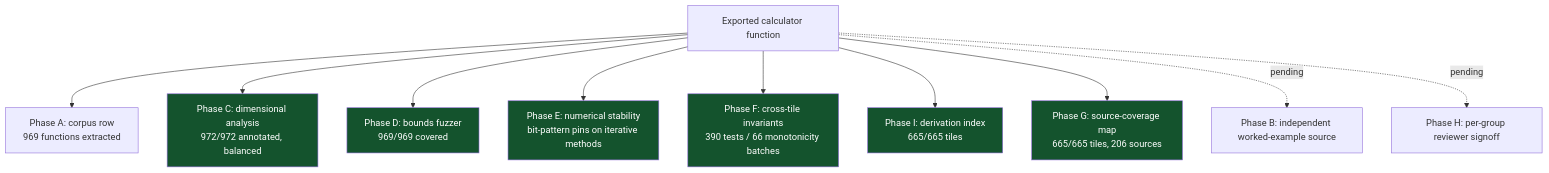
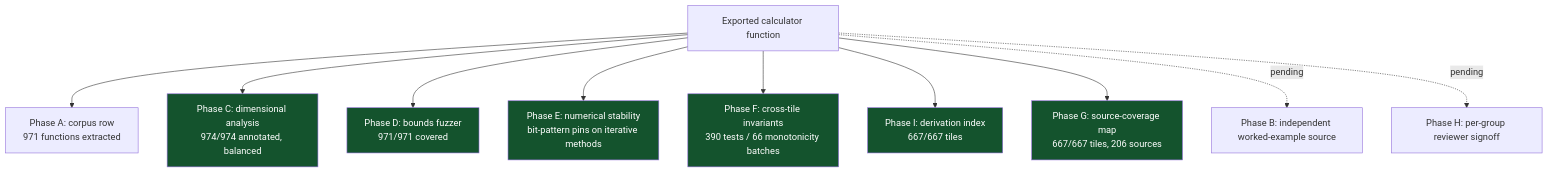
Before and after one commit to clay-good/roughlogic.com: the sixth of 8 diagrams in README.md, drawn with Mermaid. The commit also changed other lines of this file and 16 other files, not shown here.

````diff
--- a/README.md
+++ b/README.md
@@ -460,18 +462,18 @@
 ```mermaid
 flowchart TB
-    F[Exported calculator function] --> A[Phase A: corpus row\n969 functions extracted]
-    F --> C[Phase C: dimensional analysis\n972/972 annotated, balanced]
-    F --> D[Phase D: bounds fuzzer\n969/969 covered]
+    F[Exported calculator function] --> A[Phase A: corpus row\n971 functions extracted]
+    F --> C[Phase C: dimensional analysis\n974/974 annotated, balanced]
+    F --> D[Phase D: bounds fuzzer\n971/971 covered]
     F --> E[Phase E: numerical stability\nbit-pattern pins on iterative methods]
     F --> Fa[Phase F: cross-tile invariants\n390 tests / 66 monotonicity batches]
-    F --> I[Phase I: derivation index\n665/665 tiles]
-    F --> G[Phase G: source-coverage map\n665/665 tiles, 206 sources]
+    F --> I[Phase I: derivation index\n667/667 tiles]
+    F --> G[Phase G: source-coverage map\n667/667 tiles, 206 sources]
     F -.pending.-> B[Phase B: independent worked-example source]
     F -.pending.-> H[Phase H: per-group reviewer signoff]
     style C fill:#14532d,color:#fff
     style D fill:#14532d,color:#fff
     style E fill:#14532d,color:#fff
     style Fa fill:#14532d,color:#fff
     style G fill:#14532d,color:#fff
     style I fill:#14532d,color:#fff
 ```
````
